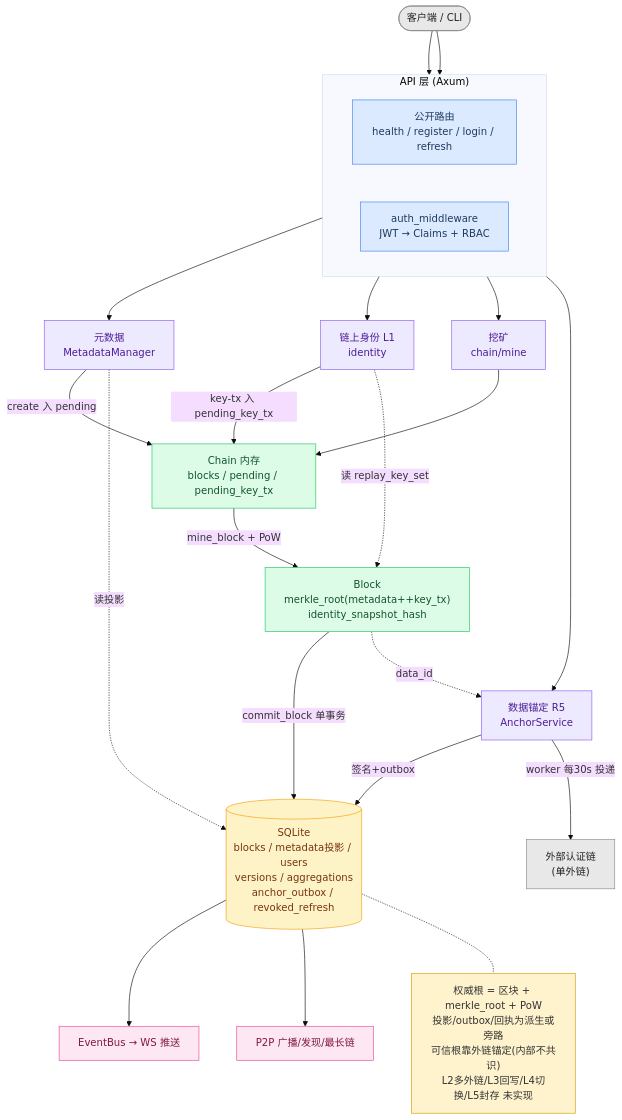
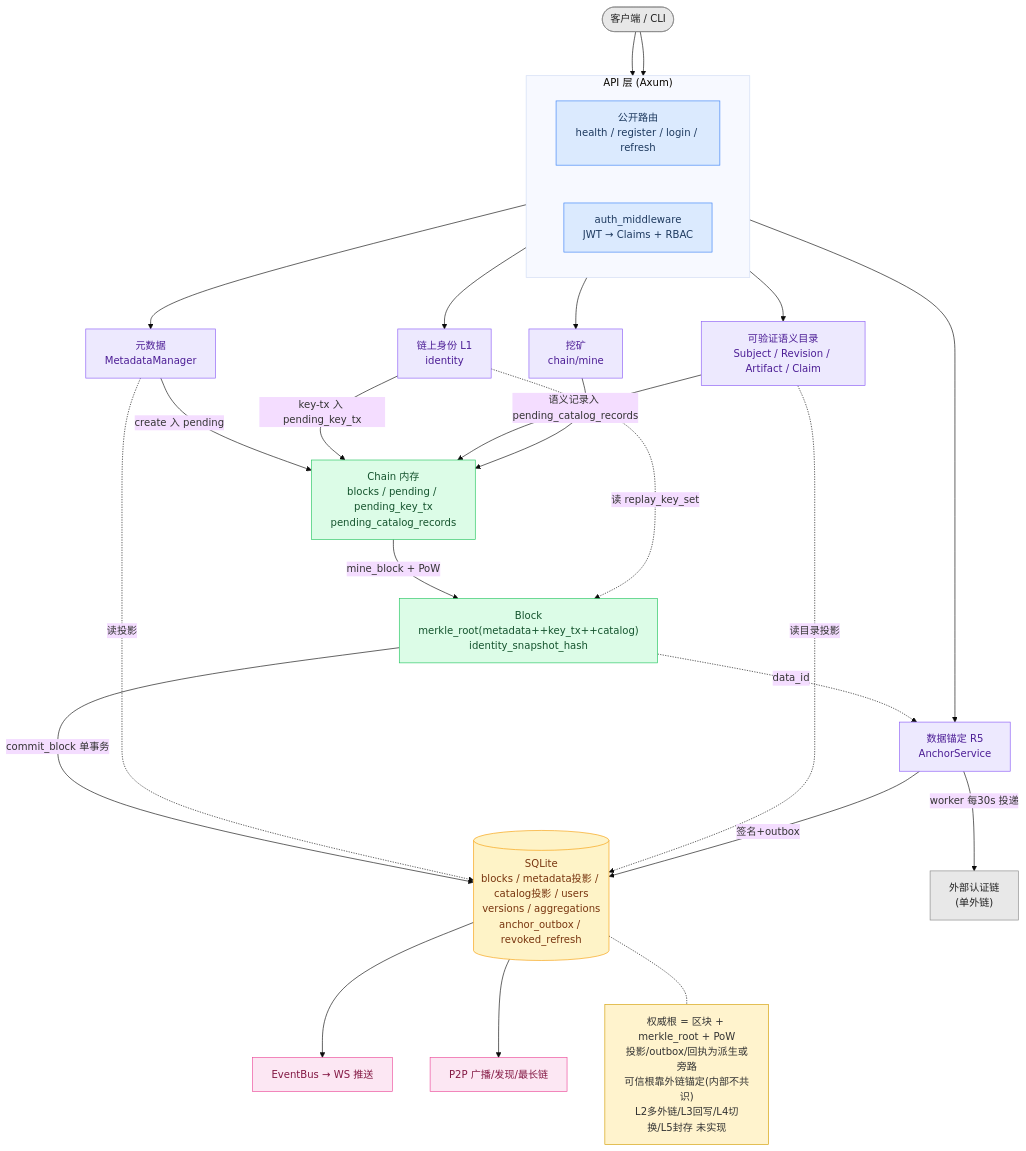
The diagram in docs/FLOW.mmd (heweixi/VeraChain), drawn with Mermaid before and after one commit. The commit also changed 9 other files, not shown here.

```diff
--- a/docs/FLOW.mmd
+++ b/docs/FLOW.mmd
@@ -1,44 +1,47 @@
-%% DataChain Rust 架构总览(精简,只画模块与数据流向;字段见分链路图 FLOW-A/B/C)
+%% DataChain Rust 架构总览(精简,只画模块与数据流向;字段见分链路图 FLOW-A/B/C 与 FLOW-S7)
 %% 渲染: npx -y @mermaid-js/mermaid-cli@11.4.2 -i docs/FLOW.mmd -o docs/FLOW.png -b white -s 3
 %%{init: {"theme":"base","themeVariables":{"fontSize":"16px"},"flowchart":{"nodeSpacing":60,"rankSpacing":70,"curve":"basis"}}}%%
 flowchart TB
     client(["客户端 / CLI"]):::ext
 
     subgraph API["API 层 (Axum)"]
         direction LR
         pubr["公开路由<br/>health / register / login / refresh"]:::api
         mw["auth_middleware<br/>JWT → Claims + RBAC"]:::api
     end
     client --> pubr
     client --> mw
 
     mw --> MD["元数据<br/>MetadataManager"]:::svc
     mw --> ID["链上身份 L1<br/>identity"]:::svc
+    mw --> CAT["可验证语义目录<br/>Subject / Revision / Artifact / Claim"]:::svc
     mw --> MINE["挖矿<br/>chain/mine"]:::svc
     mw --> ANCH["数据锚定 R5<br/>AnchorService"]:::svc
 
     MD -->|create 入 pending| CHAIN
     ID -->|key-tx 入 pending_key_tx| CHAIN
-    CHAIN["Chain 内存<br/>blocks / pending / pending_key_tx"]:::core
+    CAT -->|语义记录入 pending_catalog_records| CHAIN
+    CHAIN["Chain 内存<br/>blocks / pending / pending_key_tx<br/>pending_catalog_records"]:::core
     MINE --> CHAIN
-    CHAIN -->|mine_block + PoW| BLOCK["Block<br/>merkle_root(metadata++key_tx)<br/>identity_snapshot_hash"]:::core
-    BLOCK -->|commit_block 单事务| DB[("SQLite<br/>blocks / metadata投影 / users<br/>versions / aggregations<br/>anchor_outbox / revoked_refresh")]:::db
+    CHAIN -->|mine_block + PoW| BLOCK["Block<br/>merkle_root(metadata++key_tx++catalog)<br/>identity_snapshot_hash"]:::core
+    BLOCK -->|commit_block 单事务| DB[("SQLite<br/>blocks / metadata投影 / catalog投影 / users<br/>versions / aggregations<br/>anchor_outbox / revoked_refresh")]:::db
 
     MD -.读投影.-> DB
+    CAT -.读目录投影.-> DB
     ID -.读 replay_key_set.-> BLOCK
     DB --> EV["EventBus → WS 推送"]:::out
     DB --> P2P["P2P 广播/发现/最长链"]:::out
     BLOCK -.data_id.-> ANCH
     ANCH -->|签名+outbox| DB
     ANCH -->|worker 每30s 投递| EXT["外部认证链<br/>(单外链)"]:::ext
 
     NOTE["权威根 = 区块 + merkle_root + PoW<br/>投影/outbox/回执为派生或旁路<br/>可信根靠外链锚定(内部不共识)<br/>L2多外链/L3回写/L4切换/L5封存 未实现"]:::note
     DB -.- NOTE
 
     classDef ext fill:#e8e8e8,stroke:#888,color:#222;
     classDef api fill:#dbeafe,stroke:#3b82f6,color:#1e3a5f;
     classDef svc fill:#ede9fe,stroke:#8b5cf6,color:#4c1d95;
     classDef core fill:#dcfce7,stroke:#22c55e,color:#14532d;
     classDef db fill:#fef3c7,stroke:#f59e0b,color:#78350f;
     classDef out fill:#fce7f3,stroke:#ec4899,color:#831843;
     classDef note fill:#fff3cd,stroke:#d39e00,color:#333;
```
